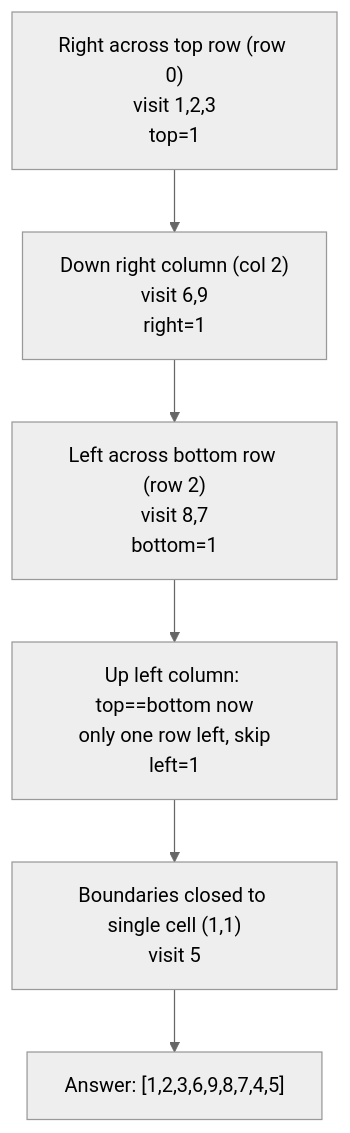
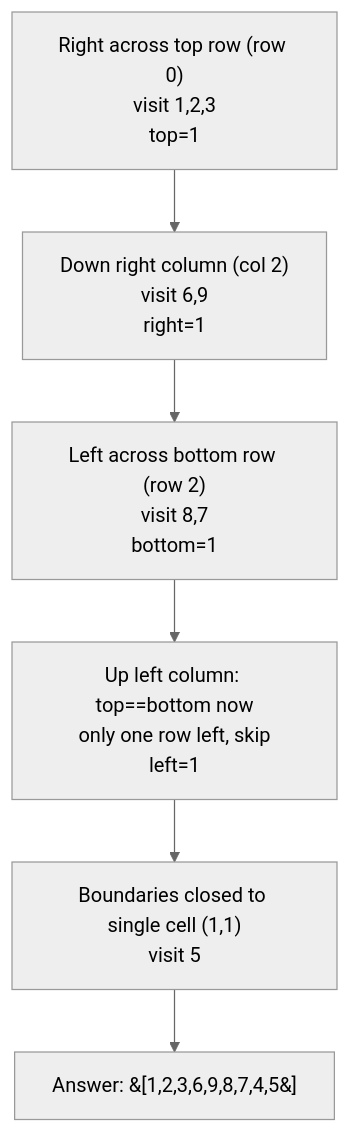
Before and after one commit to Aryan-Jadon18/dsa-placement-prep: the diagram in topics/17-math-geometry/04-spiral-matrix/README.md, drawn with Mermaid (neutral theme). The commit also changed 52 other files, not shown here.

First line of the commit message:
Fix Mermaid diagrams not rendering on GitHub

````diff
--- a/topics/17-math-geometry/04-spiral-matrix/README.md
+++ b/topics/17-math-geometry/04-spiral-matrix/README.md
@@ -54,8 +54,8 @@
 ```mermaid
 flowchart TD
     A["Right across top row (row 0)<br/>visit 1,2,3<br/>top=1"] --> B["Down right column (col 2)<br/>visit 6,9<br/>right=1"]
     B --> C["Left across bottom row (row 2)<br/>visit 8,7<br/>bottom=1"]
     C --> D["Up left column: top==bottom now<br/>only one row left, skip<br/>left=1"]
     D --> E["Boundaries closed to single cell (1,1)<br/>visit 5"]
-    E --> F["Answer: [1,2,3,6,9,8,7,4,5]"]
+    E --> F["Answer: &#91;1,2,3,6,9,8,7,4,5&#93;"]
 ```
````
